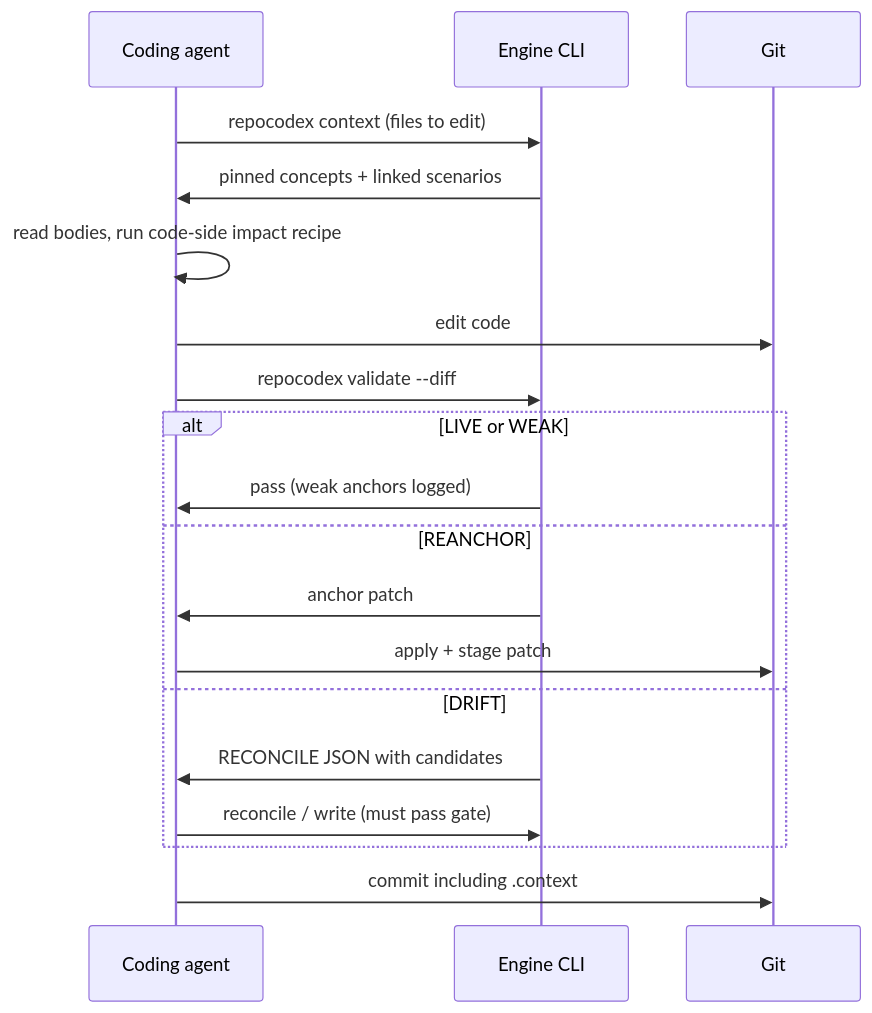
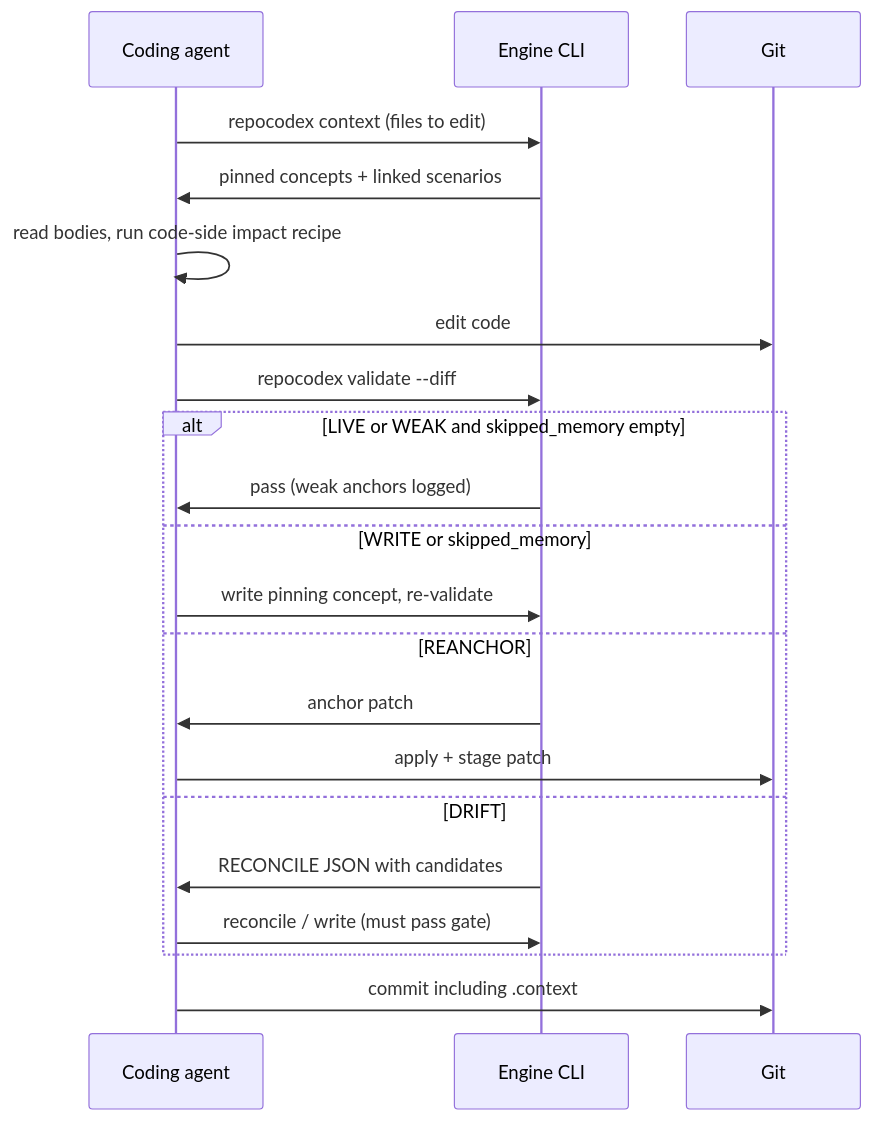
Before and after one commit to azaylamba/repocodex: the second of 2 diagrams in docs/research/architecture.md, drawn with Mermaid. The commit also changed other lines of this file and 19 other files, not shown here.

First line of the commit message:
Require a pinning concept on the first substantive edit of an uncovered file.

````diff
--- a/docs/research/architecture.md
+++ b/docs/research/architecture.md
@@ -414,21 +414,23 @@
 ```mermaid
 sequenceDiagram
   participant A as Coding agent
   participant E as Engine CLI
   participant G as Git
   A->>E: repocodex context (files to edit)
   E->>A: pinned concepts + linked scenarios
   A->>A: read bodies, run code-side impact recipe
   A->>G: edit code
   A->>E: repocodex validate --diff
-  alt LIVE or WEAK
+  alt LIVE or WEAK and skipped_memory empty
     E->>A: pass (weak anchors logged)
+  else WRITE or skipped_memory
+    A->>E: write pinning concept, re-validate
   else REANCHOR
     E->>A: anchor patch
     A->>G: apply + stage patch
   else DRIFT
     E->>A: RECONCILE JSON with candidates
     A->>E: reconcile / write (must pass gate)
   end
   A->>G: commit including .context
 ```
````
